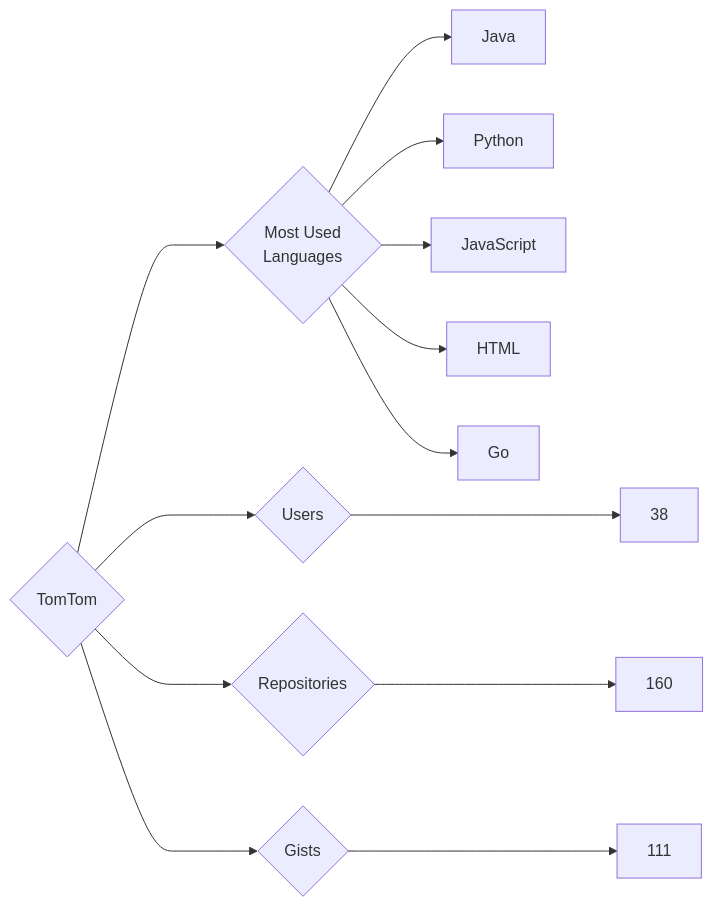
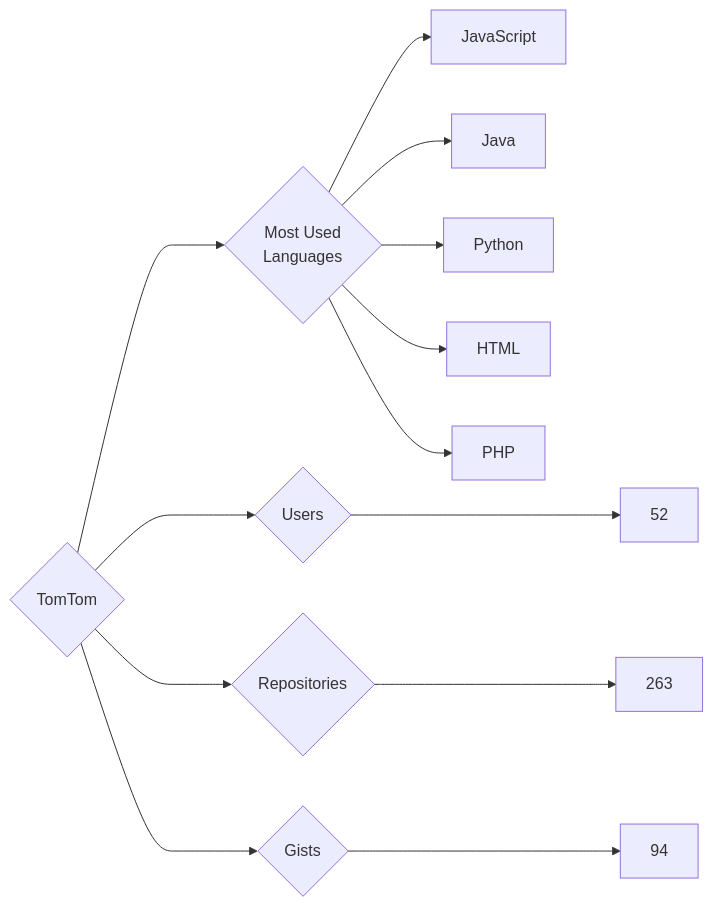
Before and after one commit to trickest/insiders: the diagram in targets/TomTom/README.md, drawn with Mermaid. The commit also changed 948 other files, not shown here.

````diff
--- a/targets/TomTom/README.md
+++ b/targets/TomTom/README.md
@@ -3,13 +3,13 @@
 ```mermaid
 graph LR
 COMPANY_NAME{TomTom}
-COMPANY_NAME ---> U{Users} ---> UN[38]
-COMPANY_NAME ---> R{Repositories} ---> RN[160]
-COMPANY_NAME ---> G{Gists} ---> GN[111]
+COMPANY_NAME ---> U{Users} ---> UN[52]
+COMPANY_NAME ---> R{Repositories} ---> RN[263]
+COMPANY_NAME ---> G{Gists} ---> GN[94]
 COMPANY_NAME ---> ML{Most Used<br>Languages}
+ML --> JavaScript[JavaScript]
 ML --> Java[Java]
 ML --> Python[Python]
-ML --> JavaScript[JavaScript]
 ML --> HTML[HTML]
-ML --> Go[Go]
+ML --> PHP[PHP]
 ```
````
